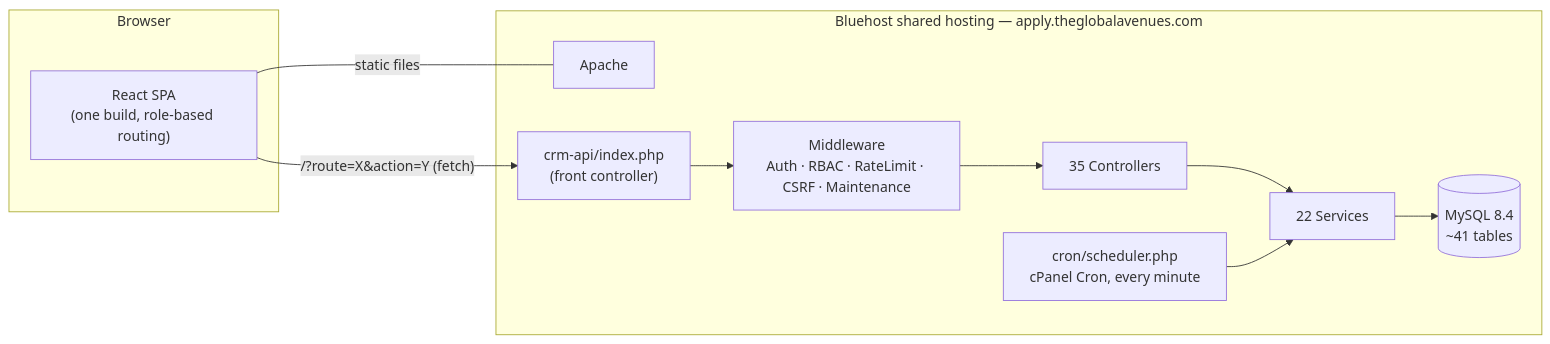
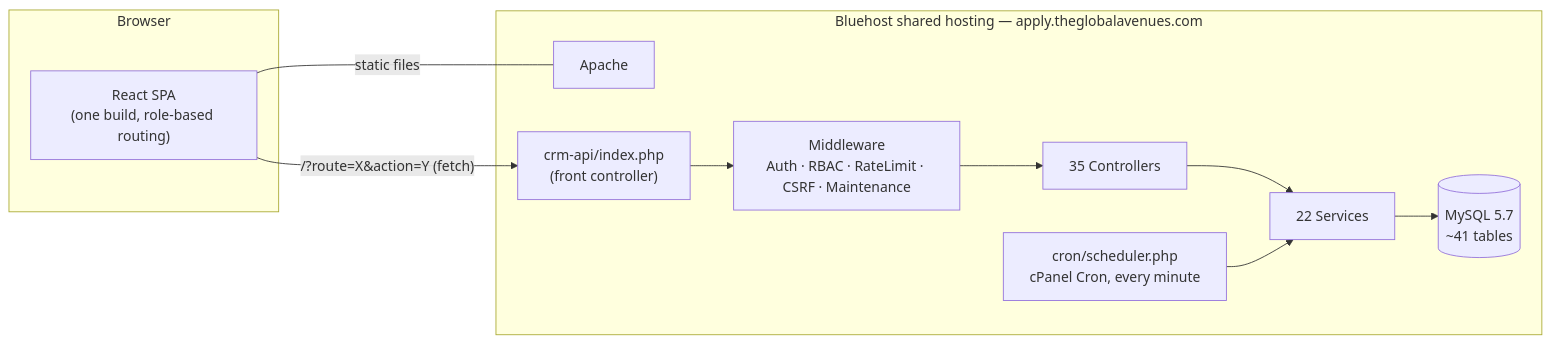
One commit to prashanttiw/TheGlobalAvenues-CRM changed the diagram in README.md. Above: the diagram before and after it, drawn with Mermaid. The commit also changed other lines of this file and 6 other files, not shown here.

````diff
--- a/README.md
+++ b/README.md
@@ -73,16 +73,16 @@
 ```mermaid
 flowchart LR
     subgraph Browser
         SPA["React SPA\n(one build, role-based routing)"]
     end
 
     subgraph "Bluehost shared hosting — apply.theglobalavenues.com"
         SPA -- "static files" --- Apache
         SPA -- "/?route=X&action=Y (fetch)" --> Index["crm-api/index.php\n(front controller)"]
         Index --> MW["Middleware\nAuth · RBAC · RateLimit · CSRF · Maintenance"]
         MW --> Ctrl["35 Controllers"]
         Ctrl --> Svc["22 Services"]
-        Svc --> DB[(MySQL 8.4\n~41 tables)]
+        Svc --> DB[(MySQL 5.7\n~41 tables)]
         Cron["cron/scheduler.php\ncPanel Cron, every minute"] --> Svc
     end
 ```
````
